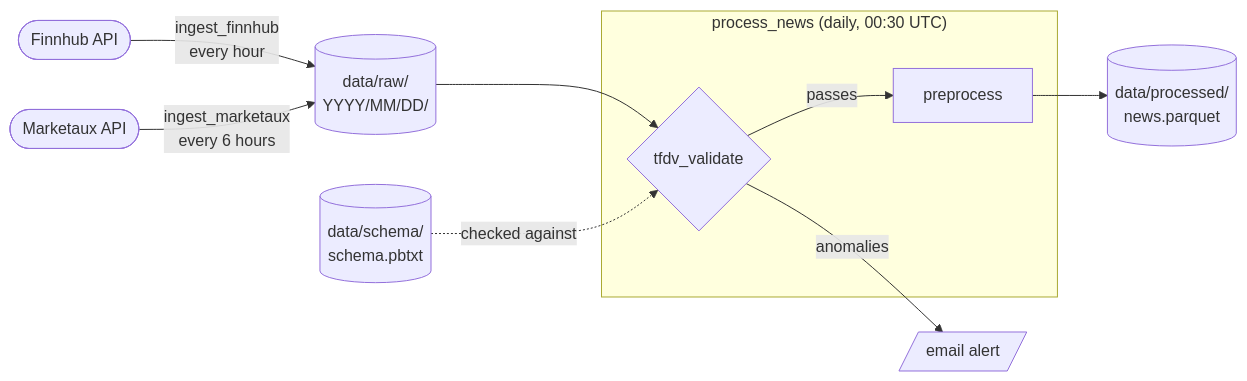
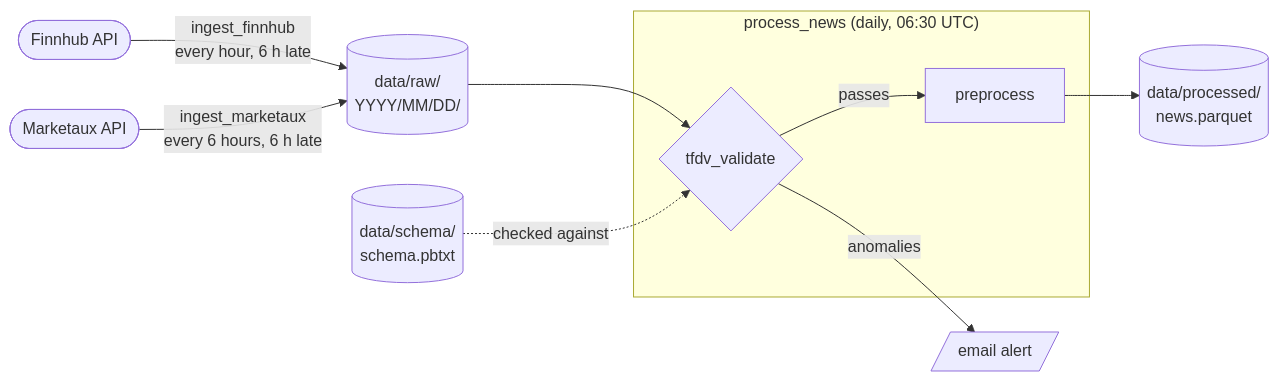
Before and after one commit to FinMLOps/finmlops-data-pipeline: the diagram in README.md, drawn with Mermaid. The commit also changed other lines of this file and 3 other files, not shown here.

````diff
--- a/README.md
+++ b/README.md
@@ -23,14 +23,14 @@
 ```mermaid
 flowchart LR
-    F([Finnhub API]) -- "ingest_finnhub<br/>every hour" --> R[("data/raw/<br/>YYYY/MM/DD/")]
-    M([Marketaux API]) -- "ingest_marketaux<br/>every 6 hours" --> R
+    F([Finnhub API]) -- "ingest_finnhub<br/>every hour, 6 h late" --> R[("data/raw/<br/>YYYY/MM/DD/")]
+    M([Marketaux API]) -- "ingest_marketaux<br/>every 6 hours, 6 h late" --> R
 
-    subgraph process_news ["process_news (daily, 00:30 UTC)"]
+    subgraph process_news ["process_news (daily, 06:30 UTC)"]
         V{tfdv_validate} -- passes --> P[preprocess]
     end
 
     R --> V
     S[("data/schema/<br/>schema.pbtxt")] -. checked against .-> V
     V -- anomalies --> A[/email alert/]
     P --> O[("data/processed/<br/>news.parquet")]
 ```
````
